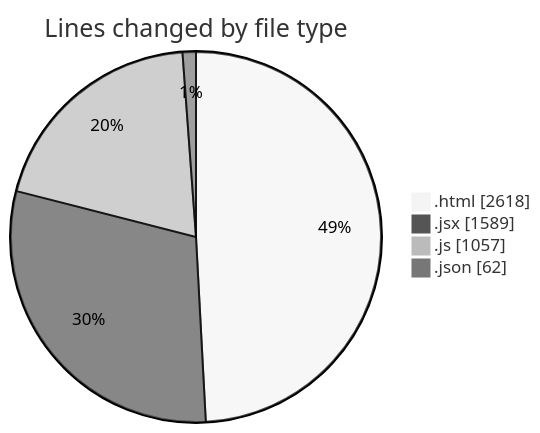
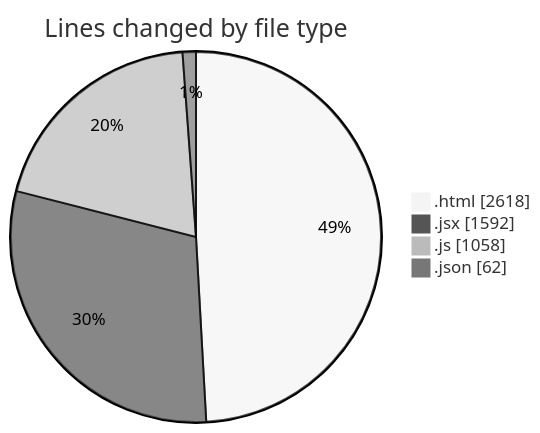
One commit to nxtqubesakshisongat/code-tracking changed the first of 2 diagrams in 2025-08-08/nxtqube_webapp/README.md. Above: the diagram before and after it, drawn with Mermaid (neutral theme). The commit also changed other lines of this file and 1 other file, not shown here.

````diff
--- a/2025-08-08/nxtqube_webapp/README.md
+++ b/2025-08-08/nxtqube_webapp/README.md
@@ -24,8 +24,8 @@
 ```mermaid
 pie showData
 title Lines changed by file type
 ".html" : 2618
-".jsx" : 1589
-".js" : 1057
+".jsx" : 1592
+".js" : 1058
 ".json" : 62
 ```
````
